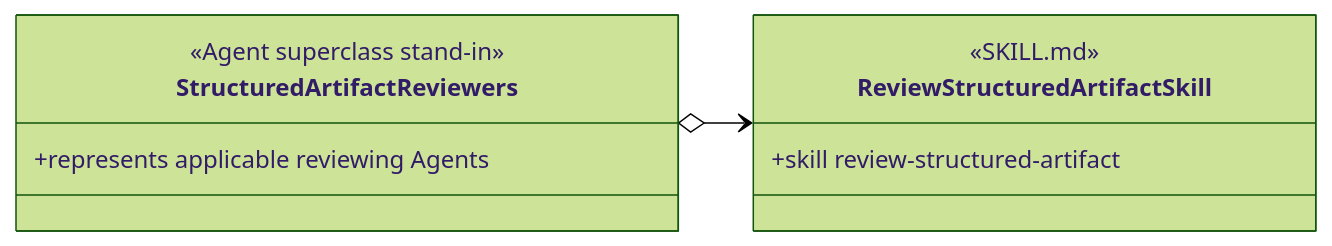
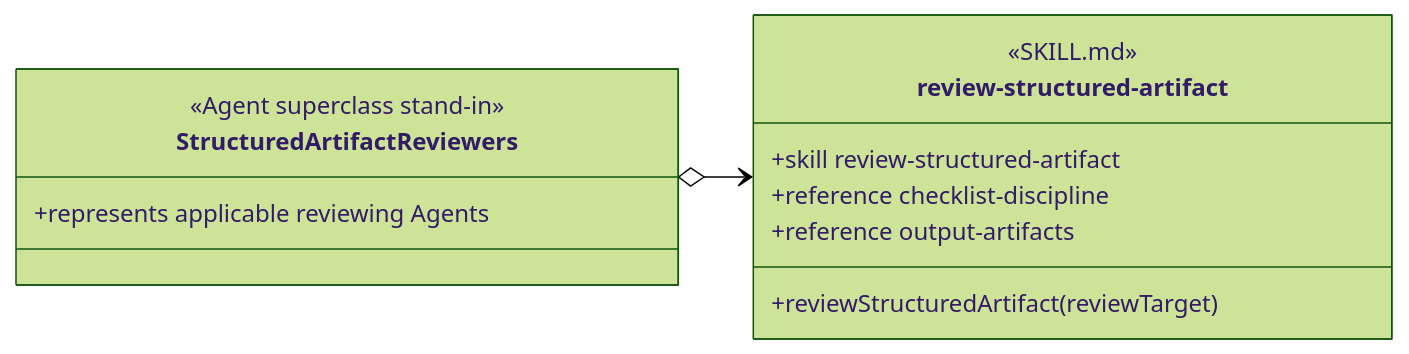
One commit to martinbechard/dev-methodology changed diagram 11 of 11 in design/object-oriented-agent-and-skill-model.md. Above: the diagram before and after it, drawn with Mermaid (forest theme). The commit also changed other lines of this file and 2 other files, not shown here.

Commit message:
Refine skill anatomy modeling

````diff
--- a/design/object-oriented-agent-and-skill-model.md
+++ b/design/object-oriented-agent-and-skill-model.md
@@ -562,17 +651,20 @@
 ```mermaid
 classDiagram
     direction LR
 
     class StructuredArtifactReviewers {
         <<Agent superclass stand-in>>
         +represents applicable reviewing Agents
     }
 
-    class ReviewStructuredArtifactSkill {
+    class review-structured-artifact {
         <<SKILL.md>>
         <<Agent Skill>>
         +skill review-structured-artifact
+        +reviewStructuredArtifact(reviewTarget)
+        +reference checklist-discipline
+        +reference output-artifacts
     }
 
-    StructuredArtifactReviewers o--> ReviewStructuredArtifactSkill
+    StructuredArtifactReviewers o--> review-structured-artifact
 ```
````
